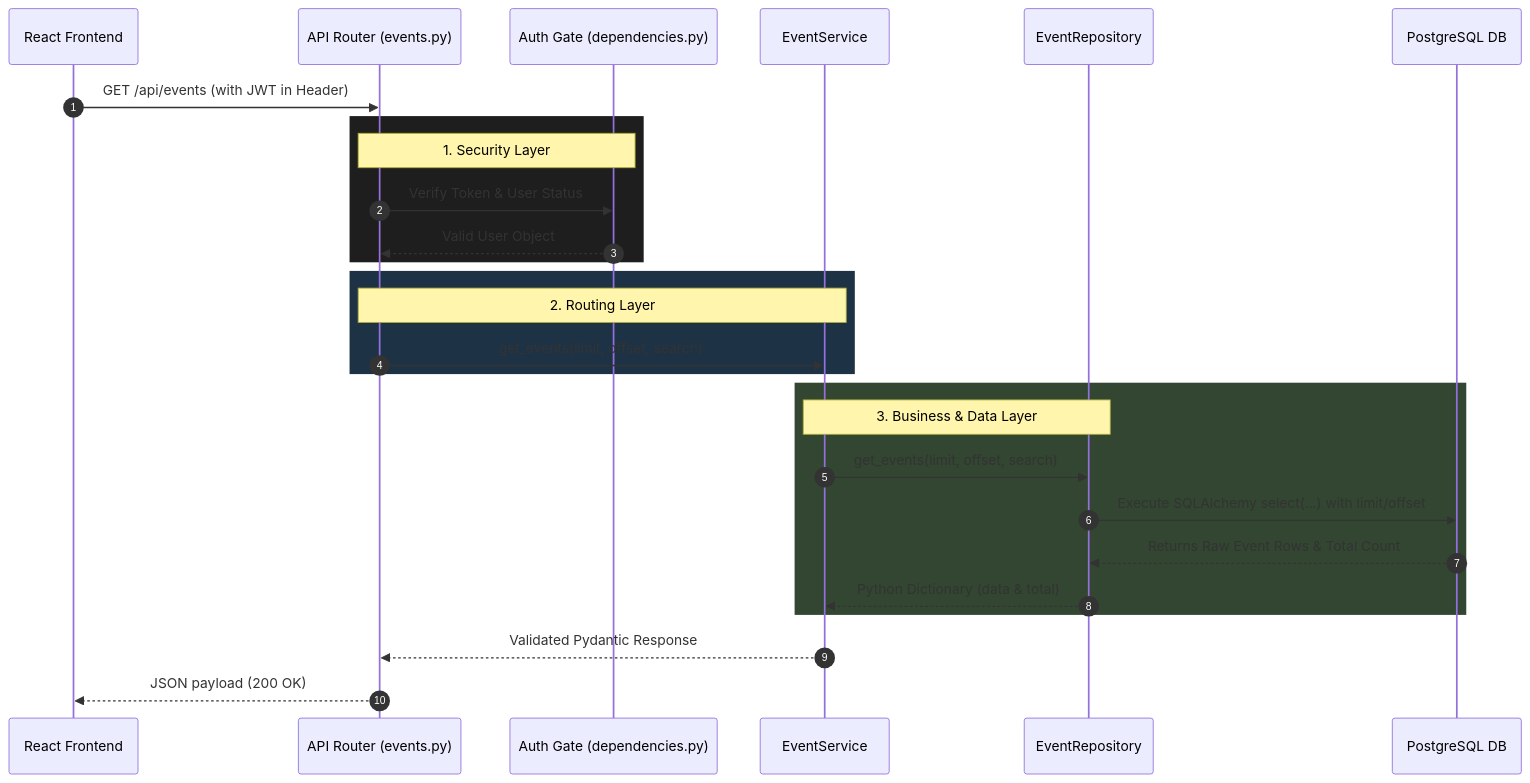
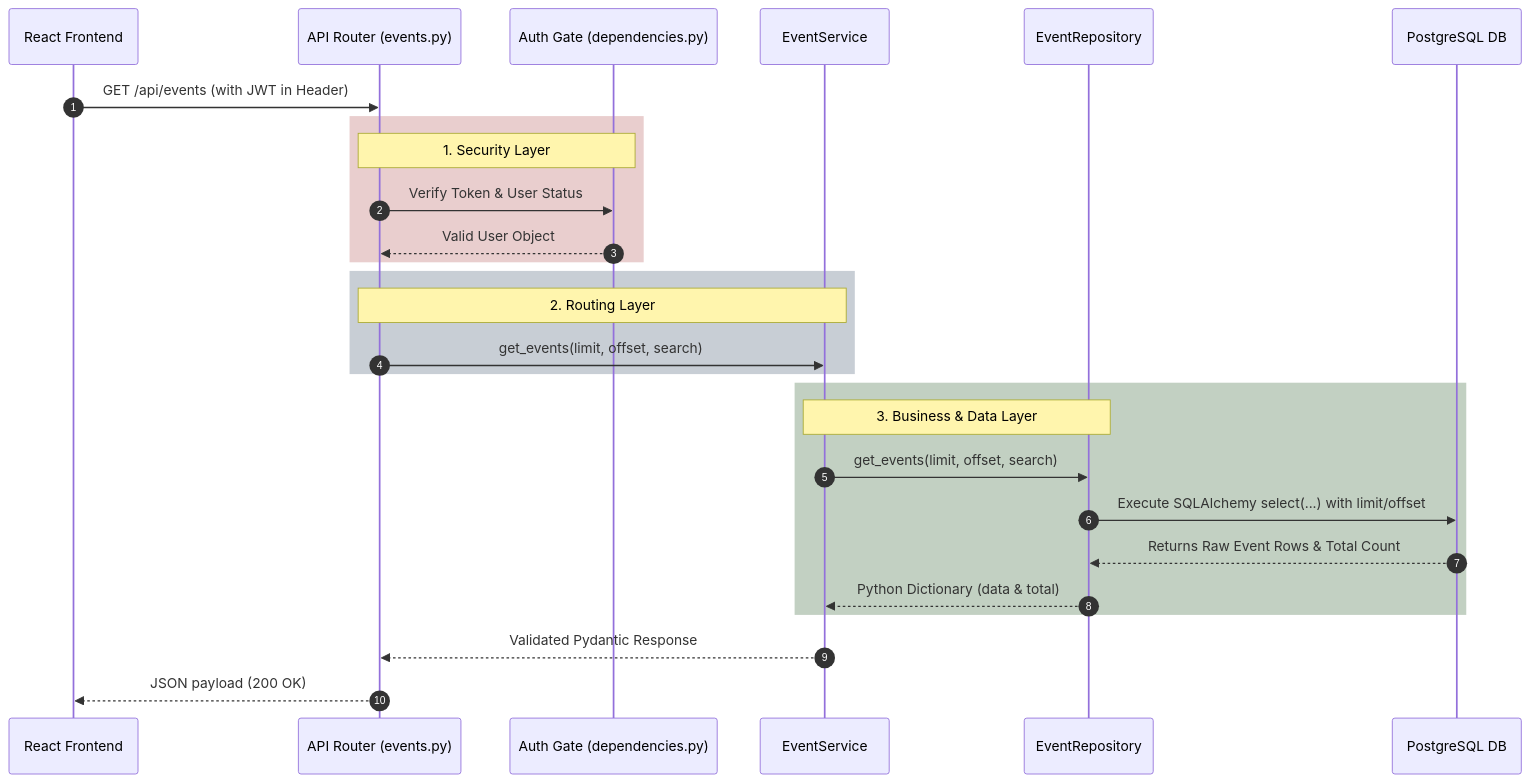
One commit to matan60003/PenguWave changed the first of 4 diagrams in SYSTEM_FLOW_DIAGRAMS.md. Above: the diagram before and after it, drawn with Mermaid. The commit also changed other lines of this file, not shown here.

Commit message:
Update system flow diagrams

````diff
--- a/SYSTEM_FLOW_DIAGRAMS.md
+++ b/SYSTEM_FLOW_DIAGRAMS.md
@@ -11,34 +11,34 @@
 ```mermaid
 sequenceDiagram
     autonumber
     participant Browser as React Frontend
     participant Router as API Router (events.py)
     participant Auth as Auth Gate (dependencies.py)
     participant Service as EventService
     participant Repo as EventRepository
     participant DB as PostgreSQL DB
 
     Browser->>Router: GET /api/events (with JWT in Header)
     
-    rect rgb(30, 30, 30)
+    rect rgba(233, 206, 206, 1)
     Note over Router,Auth: 1. Security Layer
     Router->>Auth: Verify Token & User Status
     Auth-->>Router: Valid User Object
     end
 
-    rect rgb(30, 50, 70)
+    rect rgba(200, 206, 213, 1)
     Note over Router,Service: 2. Routing Layer
     Router->>Service: get_events(limit, offset, search)
     end
     
-    rect rgb(50, 70, 50)
+    rect rgba(194, 208, 194, 1)
     Note over Service,Repo: 3. Business & Data Layer
     Service->>Repo: get_events(limit, offset, search)
     Repo->>DB: Execute SQLAlchemy select(...) with limit/offset
     DB-->>Repo: Returns Raw Event Rows & Total Count
     Repo-->>Service: Python Dictionary (data & total)
     end
     
     Service-->>Router: Validated Pydantic Response
     Router-->>Browser: JSON payload (200 OK)
 ```
````
